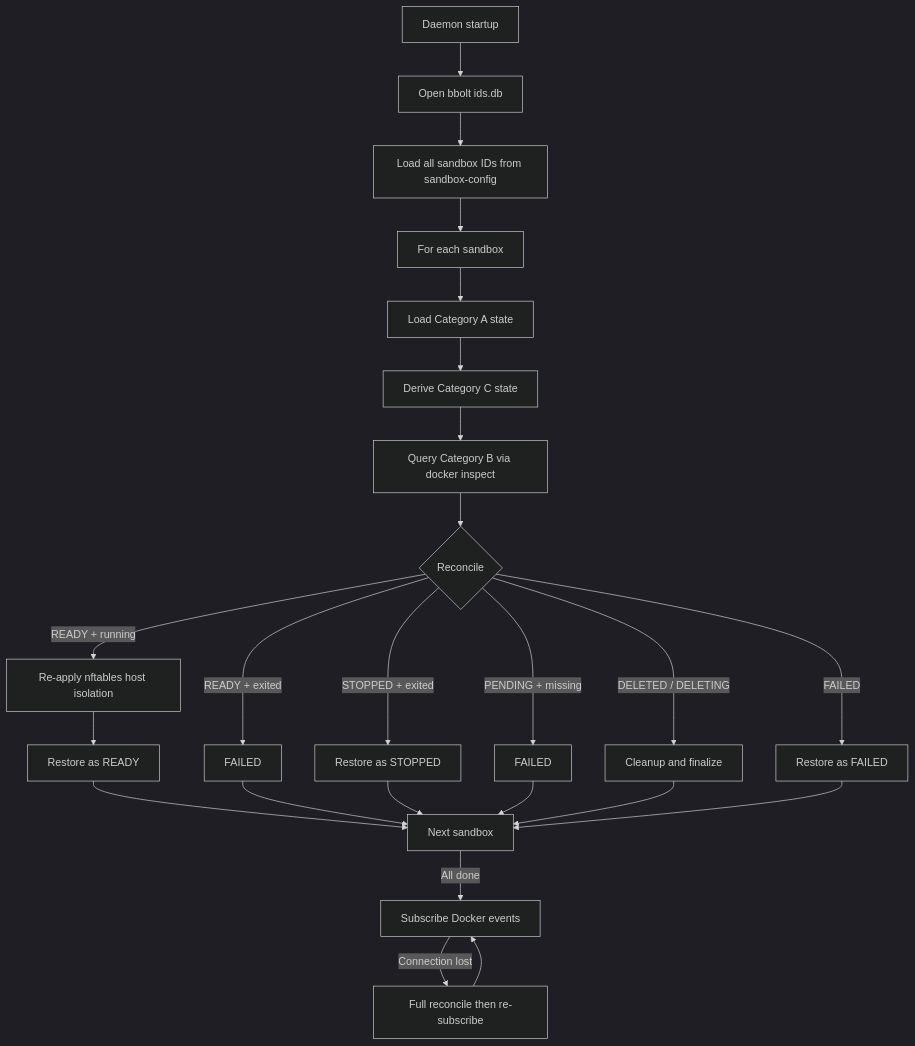
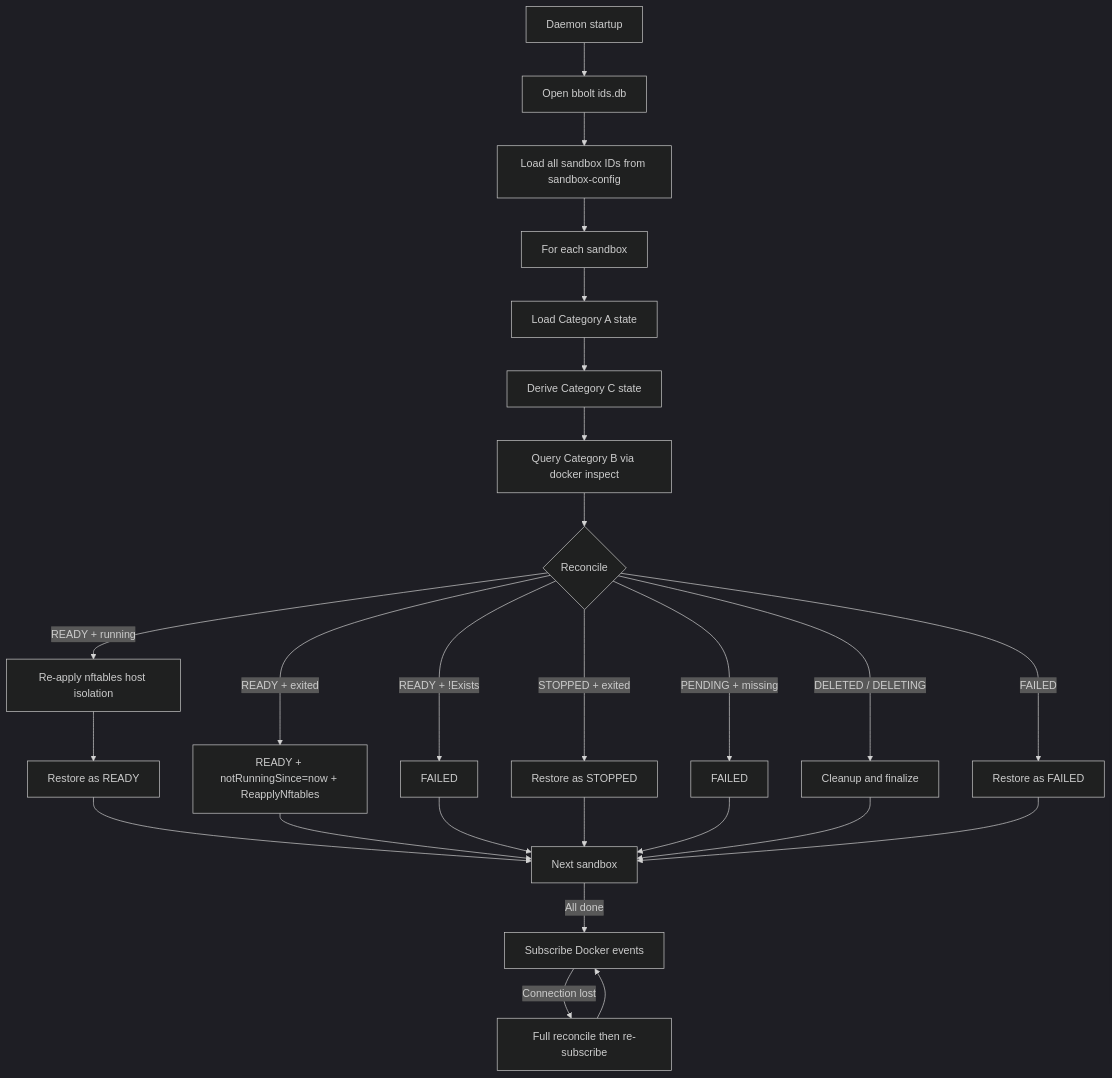
Before and after one commit to 1996fanrui/agents-sandbox: the diagram in docs/daemon_state_management.md, drawn with Mermaid (dark theme). The commit also changed other lines of this file and 12 other files, not shown here.

````diff
--- a/docs/daemon_state_management.md
+++ b/docs/daemon_state_management.md
@@ -74,26 +78,28 @@
 ```mermaid
 flowchart TD
     Start[Daemon startup] --> OpenDB[Open bbolt ids.db]
     OpenDB --> LoadIDs[Load all sandbox IDs from sandbox-config]
     LoadIDs --> ForEach[For each sandbox]
     ForEach --> LoadA[Load Category A state]
     LoadA --> DeriveC[Derive Category C state]
     DeriveC --> QueryB[Query Category B via docker inspect]
     QueryB --> Reconcile{Reconcile}
     Reconcile -->|READY + running| ReapplyNftables[Re-apply nftables host isolation]
     ReapplyNftables --> RestoreReady[Restore as READY]
-    Reconcile -->|READY + exited| ToFailed[FAILED]
+    Reconcile -->|READY + exited| StartWindow[READY + notRunningSince=now + ReapplyNftables]
+    Reconcile -->|READY + !Exists| ToFailed[FAILED]
     Reconcile -->|STOPPED + exited| RestoreStopped[Restore as STOPPED]
     Reconcile -->|PENDING + missing| ToFailed2[FAILED]
     Reconcile -->|DELETED / DELETING| Cleanup[Cleanup and finalize]
     Reconcile -->|FAILED| RestoreFailed[Restore as FAILED]
     RestoreReady --> Next[Next sandbox]
+    StartWindow --> Next
     ToFailed --> Next
     RestoreStopped --> Next
     ToFailed2 --> Next
     Cleanup --> Next
     RestoreFailed --> Next
     Next -->|All done| EventLoop[Subscribe Docker events]
     EventLoop -->|Connection lost| FullReconcile[Full reconcile then re-subscribe]
     FullReconcile --> EventLoop
 ```
````
